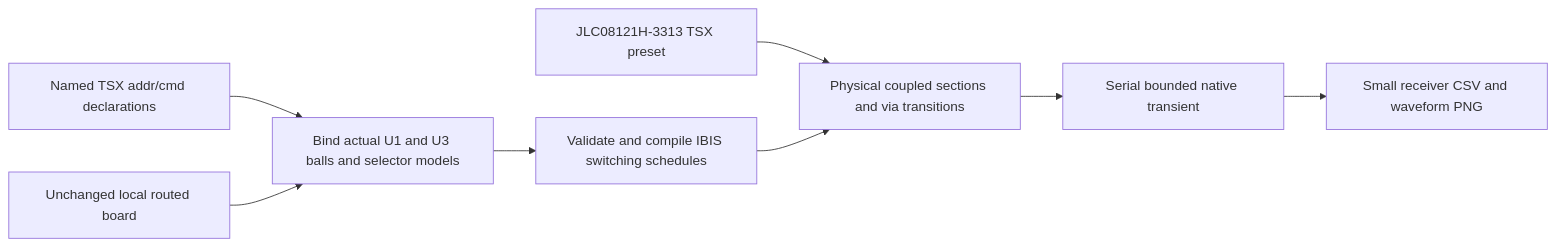
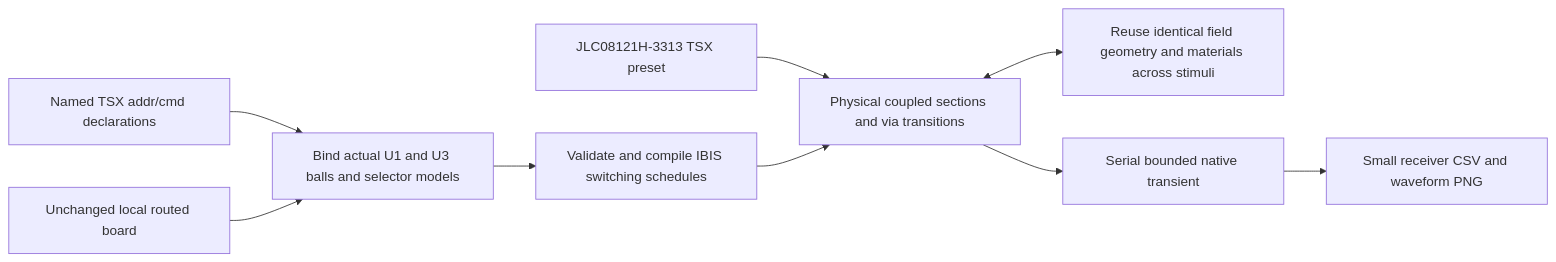
One commit to tscircuit/pcb-spice-pipeline changed the diagram in docs/addr-cmd-before.md. Above: the diagram before and after it, drawn with Mermaid. The commit also changed other lines of this file and 6 other files, not shown here.

Commit message:
perf: reuse exact routed fields across serial aggressor captures

````diff
--- a/docs/addr-cmd-before.md
+++ b/docs/addr-cmd-before.md
@@ -101,10 +116,11 @@
 ```mermaid
 flowchart LR
   tsx[Named TSX addr/cmd declarations] --> pins[Bind actual U1 and U3 balls and selector models]
   board[Unchanged local routed board] --> pins
   preset[JLC08121H-3313 TSX preset] --> routes[Physical coupled sections and via transitions]
   pins --> buffers[Validate and compile IBIS switching schedules]
   buffers --> routes
+  routes <--> cache[Reuse identical field geometry and materials across stimuli]
   routes --> spice[Serial bounded native transient]
   spice --> capture[Small receiver CSV and waveform PNG]
 ```
````
